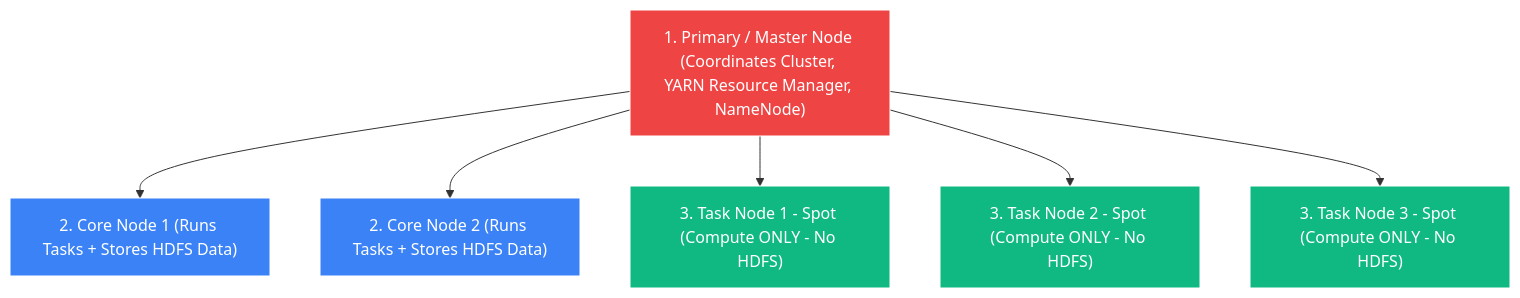
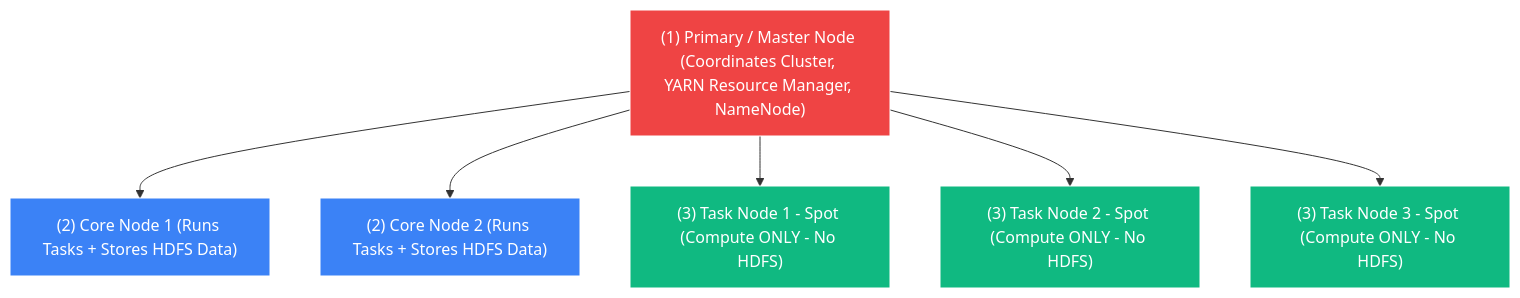
One commit to Wathon/aws-dea-c01-note changed the second of 2 diagrams in content/en/02-services/analytics-streaming/emr/emr.md. Above: the diagram before and after it, drawn with Mermaid. The commit also changed other lines of this file and 49 other files, not shown here.

Commit message:
Fix 'Unsupported markdown: list' Mermaid rendering issues across all English and Burmese notes

````diff
--- a/content/en/02-services/analytics-streaming/emr/emr.md
+++ b/content/en/02-services/analytics-streaming/emr/emr.md
@@ -102,19 +102,19 @@
 ```mermaid
 graph TD
-    Primary["1. Primary / Master Node (Coordinates Cluster, YARN Resource Manager, NameNode)"]
+    Primary["(1) Primary / Master Node (Coordinates Cluster, YARN Resource Manager, NameNode)"]
     
-    Primary --> Core1["2. Core Node 1 (Runs Tasks + Stores HDFS Data)"]
-    Primary --> Core2["2. Core Node 2 (Runs Tasks + Stores HDFS Data)"]
+    Primary --> Core1["(2) Core Node 1 (Runs Tasks + Stores HDFS Data)"]
+    Primary --> Core2["(2) Core Node 2 (Runs Tasks + Stores HDFS Data)"]
     
-    Primary --> Task1["3. Task Node 1 - Spot (Compute ONLY - No HDFS)"]
-    Primary --> Task2["3. Task Node 2 - Spot (Compute ONLY - No HDFS)"]
-    Primary --> Task3["3. Task Node 3 - Spot (Compute ONLY - No HDFS)"]
+    Primary --> Task1["(3) Task Node 1 - Spot (Compute ONLY - No HDFS)"]
+    Primary --> Task2["(3) Task Node 2 - Spot (Compute ONLY - No HDFS)"]
+    Primary --> Task3["(3) Task Node 3 - Spot (Compute ONLY - No HDFS)"]
 
     classDef master fill:#ef4444,stroke:#fff,stroke-width:1px,color:#fff;
     classDef core fill:#3b82f6,stroke:#fff,stroke-width:1px,color:#fff;
     classDef task fill:#10b981,stroke:#fff,stroke-width:1px,color:#fff;
 
     class Primary master;
     class Core1,Core2 core;
     class Task1,Task2,Task3 task;
 ```
````
